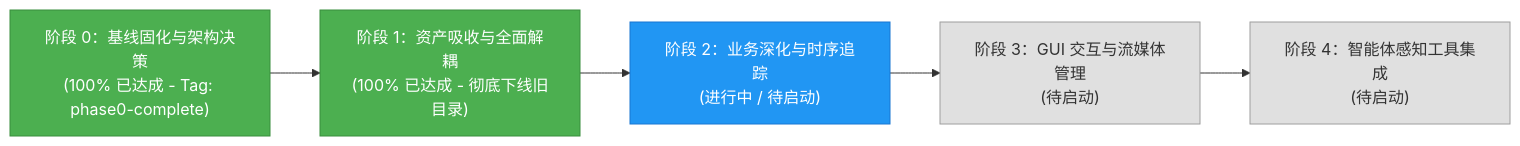
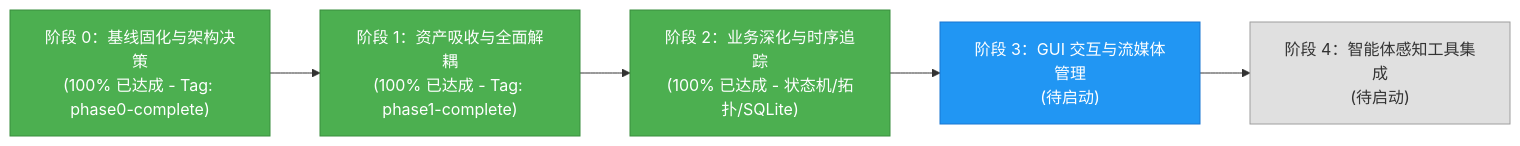
The diagram in docs/perception/PROGRESS.md (jjc303/civil_engineering_agent), drawn with Mermaid before and after one commit. The commit also changed other lines of this file and 15 other files, not shown here.

Commit message:
feat(phase2): complete debounce state machine, spatial topology & SQLite event store

````diff
--- a/docs/perception/PROGRESS.md
+++ b/docs/perception/PROGRESS.md
@@ -20,13 +26,13 @@
 ```mermaid
 flowchart LR
-    M0["阶段 0：基线固化与架构决策<br/>(100% 已达成 - Tag: phase0-complete)"] --> M1["阶段 1：资产吸收与全面解耦<br/>(100% 已达成 - 彻底下线旧目录)"]
-    M1 --> M2["阶段 2：业务深化与时序追踪<br/>(进行中 / 待启动)"]
+    M0["阶段 0：基线固化与架构决策<br/>(100% 已达成 - Tag: phase0-complete)"] --> M1["阶段 1：资产吸收与全面解耦<br/>(100% 已达成 - Tag: phase1-complete)"]
+    M1 --> M2["阶段 2：业务深化与时序追踪<br/>(100% 已达成 - 状态机/拓扑/SQLite)"]
     M2 --> M3["阶段 3：GUI 交互与流媒体管理<br/>(待启动)"]
     M3 --> M4["阶段 4：智能体感知工具集成<br/>(待启动)"]
 
     style M0 fill:#4CAF50,stroke:#388E3C,color:#fff
     style M1 fill:#4CAF50,stroke:#388E3C,color:#fff
-    style M2 fill:#2196F3,stroke:#1976D2,color:#fff
-    style M3 fill:#e0e0e0,stroke:#9e9e9e,color:#333
+    style M2 fill:#4CAF50,stroke:#388E3C,color:#fff
+    style M3 fill:#2196F3,stroke:#1976D2,color:#fff
     style M4 fill:#e0e0e0,stroke:#9e9e9e,color:#333
 ```
````
